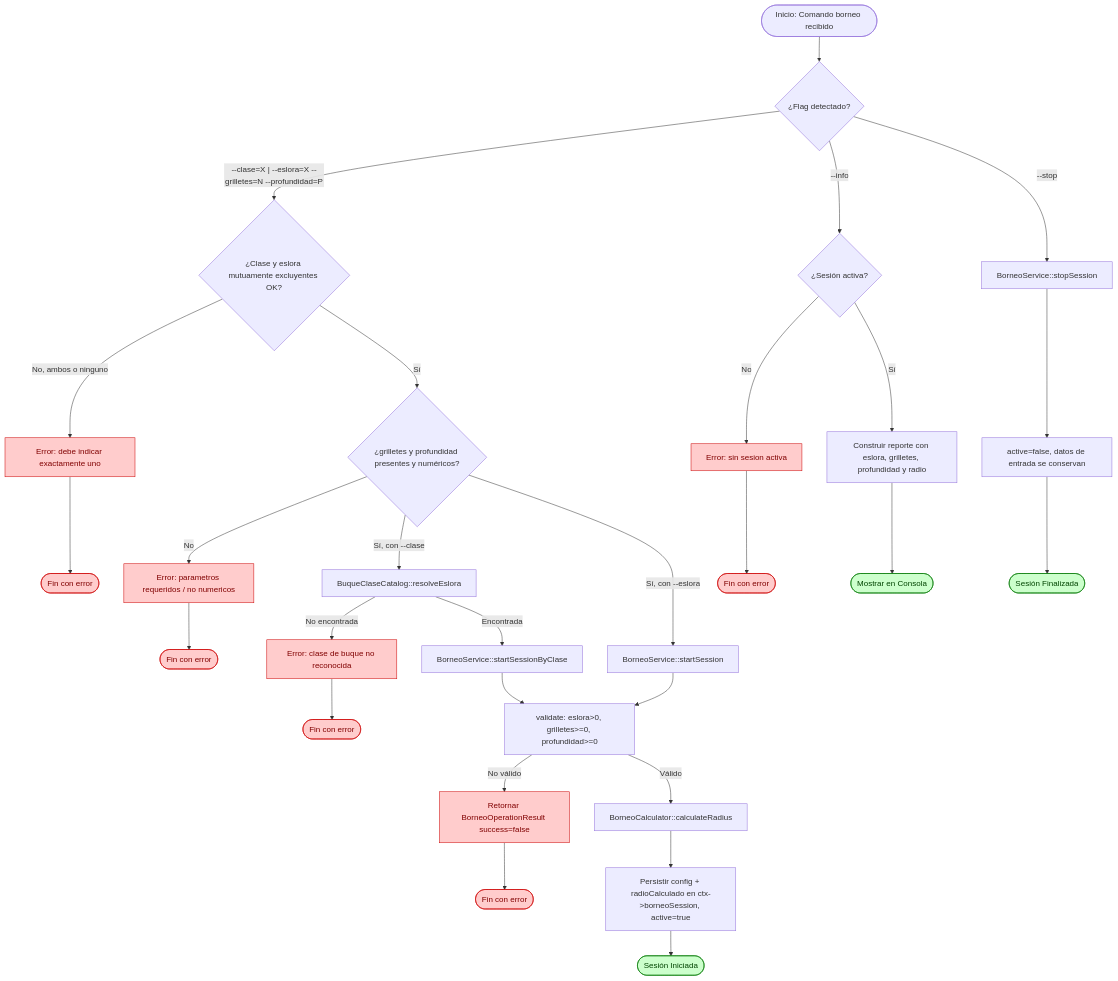
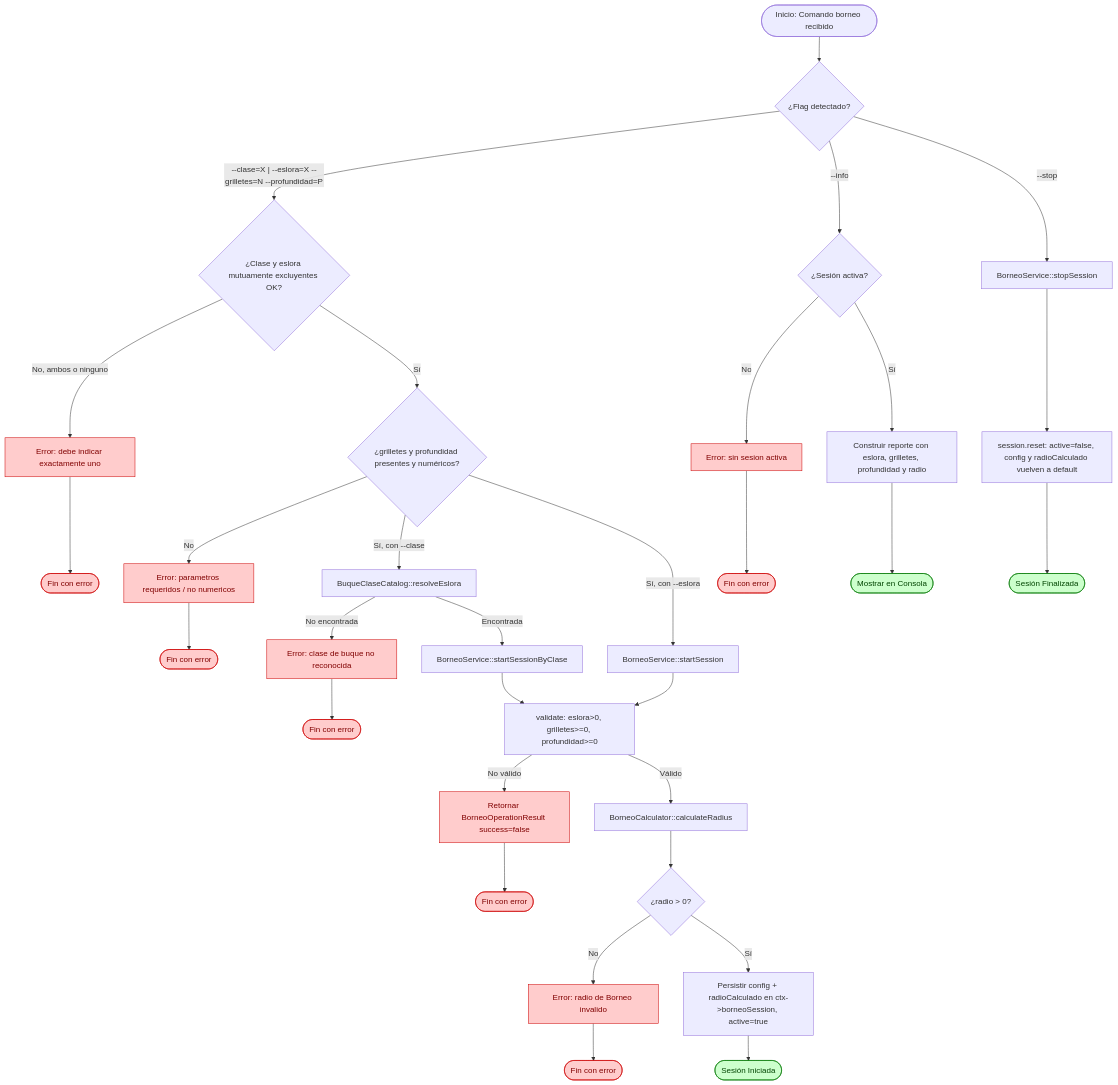
One commit to DirectorSiag/DDM changed the diagram in docs/flows/borneo.md. Above: the diagram before and after it, drawn with Mermaid. The commit also changed other lines of this file and 2 other files, not shown here.

Commit message:
fix(borneo): valida radio invalido al iniciar sesion y limpia estado completo al finalizar

````diff
--- a/docs/flows/borneo.md
+++ b/docs/flows/borneo.md
@@ -87,34 +87,36 @@
 ```mermaid
 flowchart TD
     A([Inicio: Comando borneo recibido]) --> B{"¿Flag detectado?"}
 
     B -->|"--clase=X | --eslora=X --grilletes=N --profundidad=P"| C{"¿Clase y eslora mutuamente excluyentes OK?"}
     C -->|No, ambos o ninguno| E0[Error: debe indicar exactamente uno] --> FE0([Fin con error])
     C -->|Sí| D{"¿grilletes y profundidad presentes y numéricos?"}
     D -->|No| E1[Error: parametros requeridos / no numericos] --> FE1([Fin con error])
 
     D -->|Sí, con --clase| R1["BuqueClaseCatalog::resolveEslora"]
     R1 -->|No encontrada| E2[Error: clase de buque no reconocida] --> FE2([Fin con error])
     R1 -->|Encontrada| S1["BorneoService::startSessionByClase"]
 
     D -->|Sí, con --eslora| S2["BorneoService::startSession"]
 
     S1 --> V["validate: eslora>0, grilletes>=0, profundidad>=0"]
     S2 --> V
 
     V -->|No válido| E3[Retornar BorneoOperationResult success=false] --> FE3([Fin con error])
     V -->|Válido| CALC["BorneoCalculator::calculateRadius"]
-    CALC --> PERSIST["Persistir config + radioCalculado en ctx->borneoSession, active=true"] --> Z1([Sesión Iniciada])
+    CALC --> RCHECK{"¿radio > 0?"}
+    RCHECK -->|No| E5[Error: radio de Borneo invalido] --> FE5([Fin con error])
+    RCHECK -->|Sí| PERSIST["Persistir config + radioCalculado en ctx->borneoSession, active=true"] --> Z1([Sesión Iniciada])
 
     B -->|"--info"| H{"¿Sesión activa?"}
     H -->|No| I[Error: sin sesion activa] --> FE4([Fin con error])
     H -->|Sí| J[Construir reporte con eslora, grilletes, profundidad y radio] --> ZF([Mostrar en Consola])
 
     B -->|"--stop"| K[BorneoService::stopSession]
-    K --> L[active=false, datos de entrada se conservan] --> Z2([Sesión Finalizada])
+    K --> L[session.reset: active=false, config y radioCalculado vuelven a default] --> Z2([Sesión Finalizada])
 
     classDef error fill:#ffcccc,stroke:#cc0000,color:#800000
     classDef ok fill:#ccffcc,stroke:#007700,color:#004400
-    class E0,E1,E2,E3,I,FE0,FE1,FE2,FE3,FE4 error
+    class E0,E1,E2,E3,E5,I,FE0,FE1,FE2,FE3,FE4,FE5 error
     class Z1,Z2,ZF ok
 ```
````
